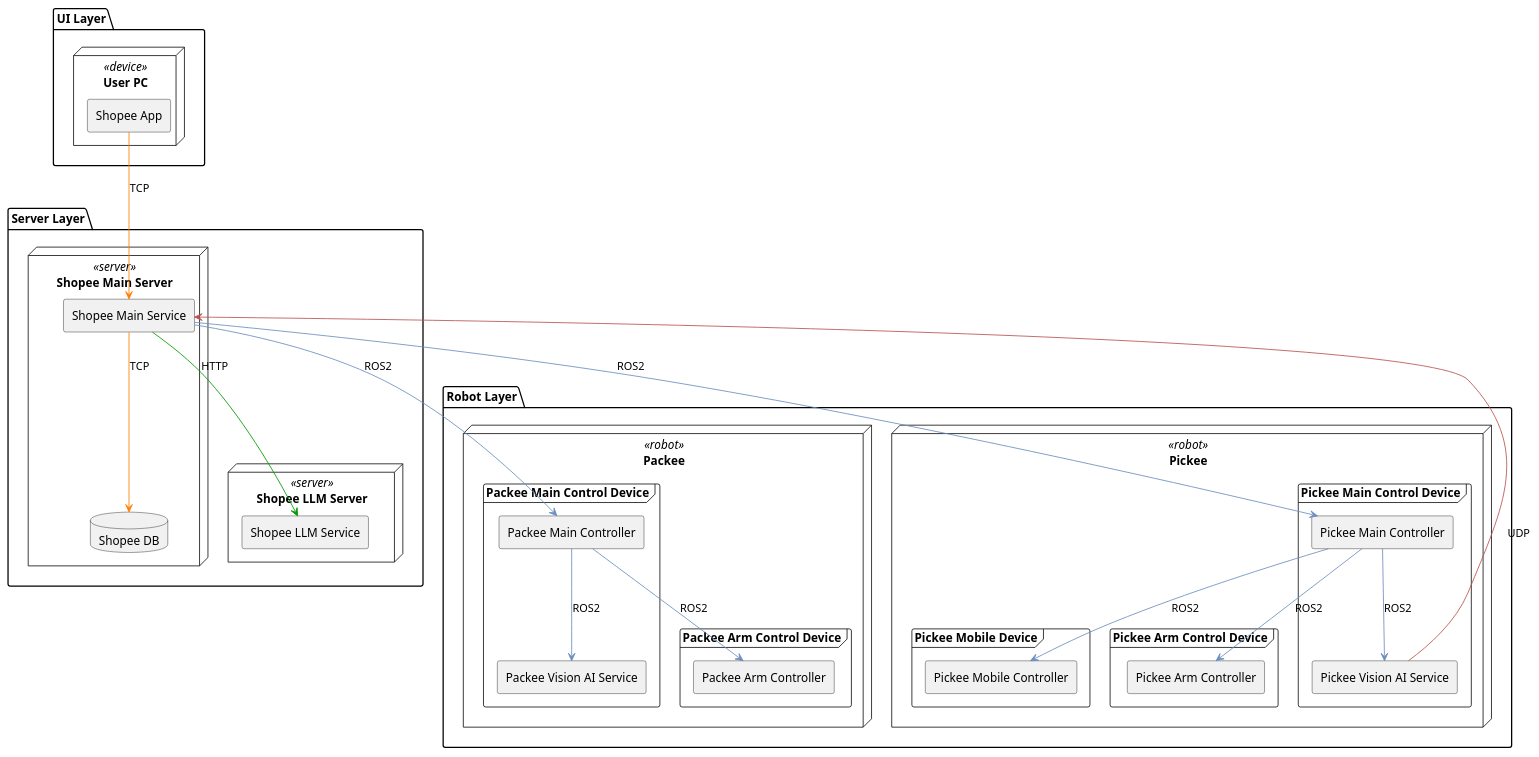
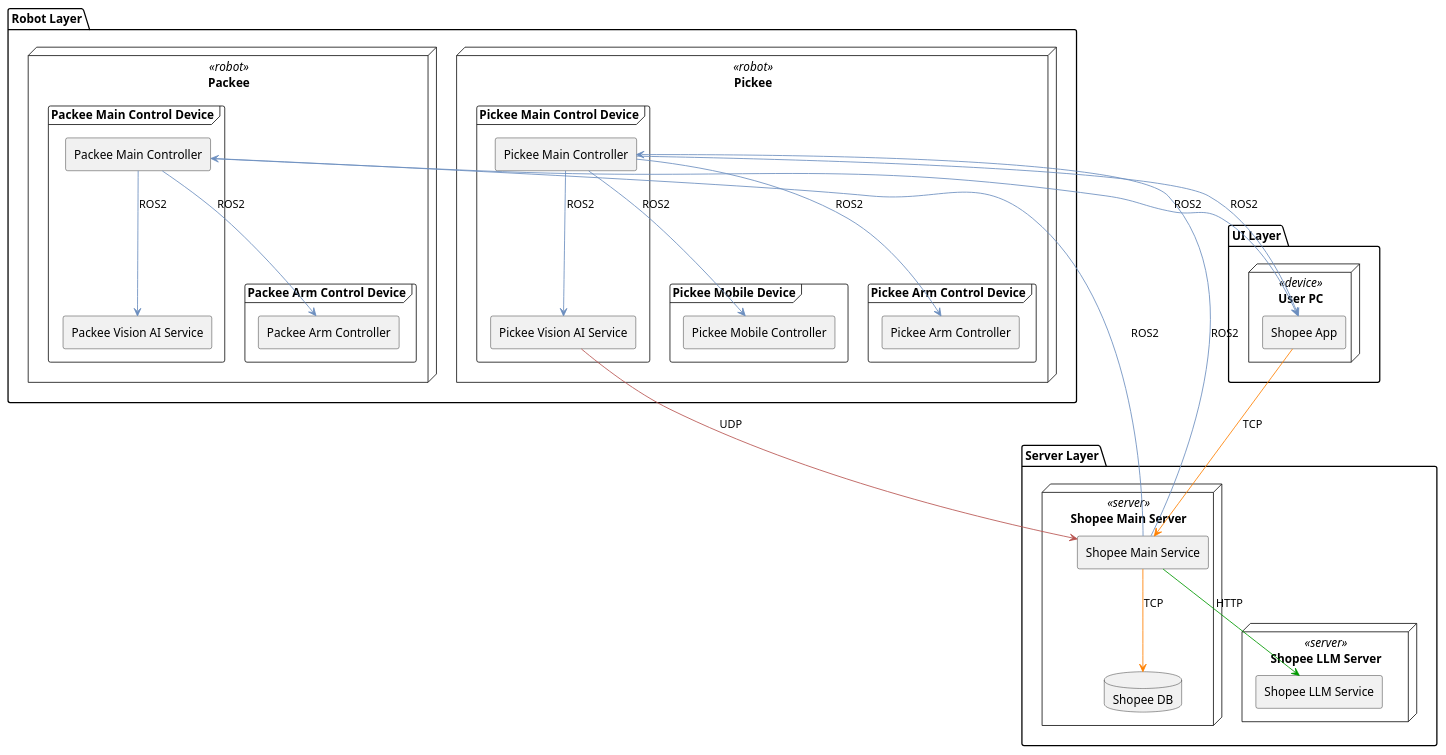
Before and after one commit to addinedu-roscamp-7th/roscamp-repo-1: the diagram in docs/Architecture/SWArchitecture.md, drawn with PlantUML. The commit also changed 2 other files, not shown here.

````diff
--- a/docs/Architecture/SWArchitecture.md
+++ b/docs/Architecture/SWArchitecture.md
@@ -1,74 +1,76 @@
 ```plantuml
 @startuml Software Architecture
 
 skinparam backgroundColor #FFFFFF
 skinparam componentStyle rectangle
 
 ' UI Layer
 package "UI Layer" {
     node "User PC" <<device>> {
         component [Shopee App] as ShopeeApp
     }
 }
 
 ' Server Layer
 package "Server Layer" {
     node "Shopee Main Server" <<server>> {
         component [Shopee Main Service] as MainService
         database "Shopee DB" as DB
     }
     
     node "Shopee LLM Server" <<server>> {
         component [Shopee LLM Service] as LLMService
     }
 }
 
 ' Robot Layer - Pickee
 package "Robot Layer" {
     node "Pickee" <<robot>> {
         frame "Pickee Main Control Device" {
             component [Pickee Main Controller] as PickeeMainCtrl
             component [Pickee Vision AI Service] as PickeeVision
         }
         
         frame "Pickee Mobile Device" {
             component [Pickee Mobile Controller] as PickeeMobile
         }
         
         frame "Pickee Arm Control Device" {
             component [Pickee Arm Controller] as PickeeArm
         }
     }
     
     ' Robot Layer - Packee
     node "Packee" <<robot>> {
         frame "Packee Main Control Device" {
             component [Packee Main Controller] as PackeeMainCtrl
             component [Packee Vision AI Service] as PackeeVision
         }
         
         frame "Packee Arm Control Device" {
             component [Packee Arm Controller] as PackeeArm
         }
     }
 }
 
 ' Connections
 ShopeeApp -[#FF8000]-> MainService : TCP
 MainService -[#FF8000]-> DB : TCP
 MainService -[#009900]-> LLMService : HTTP
 MainService -[#6c8ebf]-> PickeeMainCtrl : ROS2
 MainService -[#6c8ebf]-> PackeeMainCtrl : ROS2
 PickeeVision -[#b85450]-> MainService : UDP
+PickeeMainCtrl -[#6c8ebf]-> ShopeeApp : ROS2
+PackeeMainCtrl -[#6c8ebf]-> ShopeeApp : ROS2
 
 ' Pickee Internal Connections
 PickeeMainCtrl -[#6c8ebf]-> PickeeVision : ROS2
 PickeeMainCtrl -[#6c8ebf]-> PickeeMobile : ROS2
 PickeeMainCtrl -[#6c8ebf]-> PickeeArm : ROS2
 
 ' Packee Internal Connections
 PackeeMainCtrl -[#6c8ebf]-> PackeeVision : ROS2
 PackeeMainCtrl -[#6c8ebf]-> PackeeArm : ROS2
 
 @enduml
 ```
````
